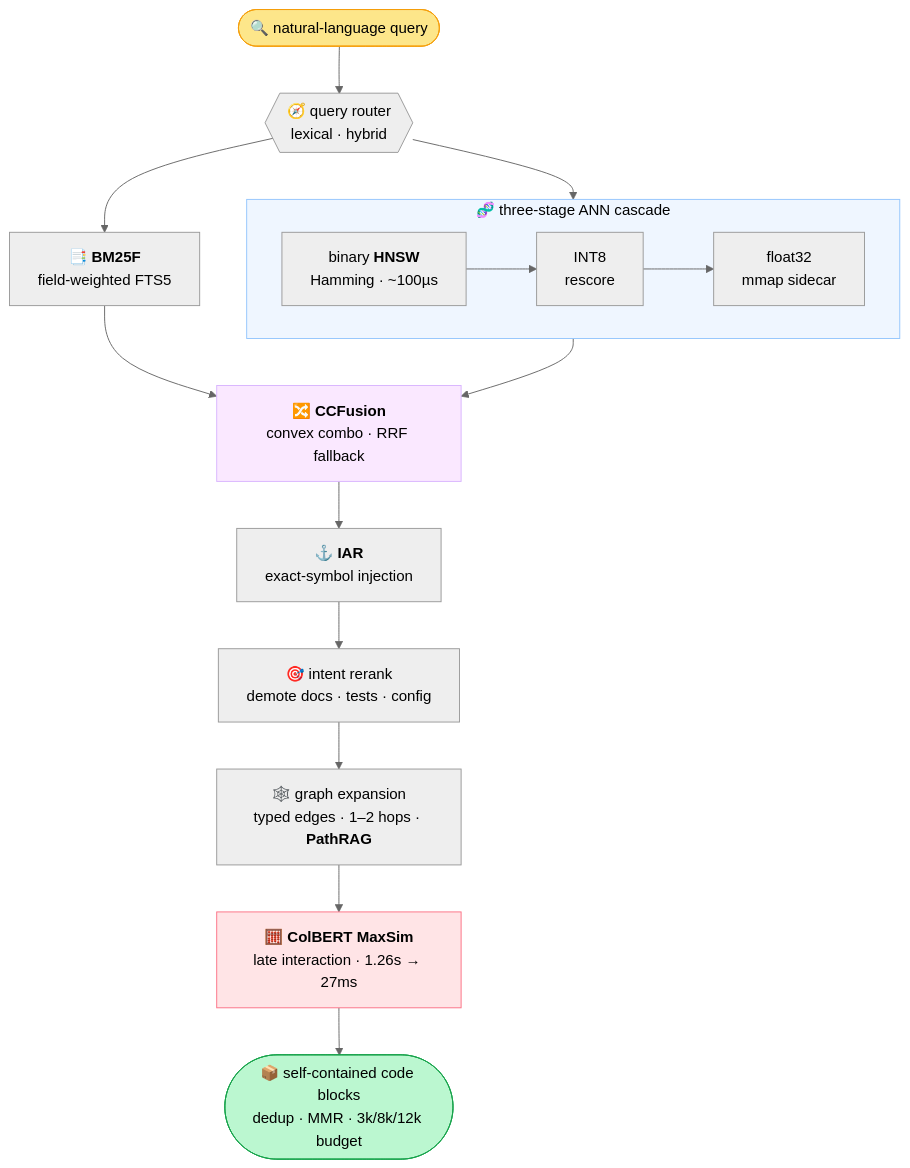
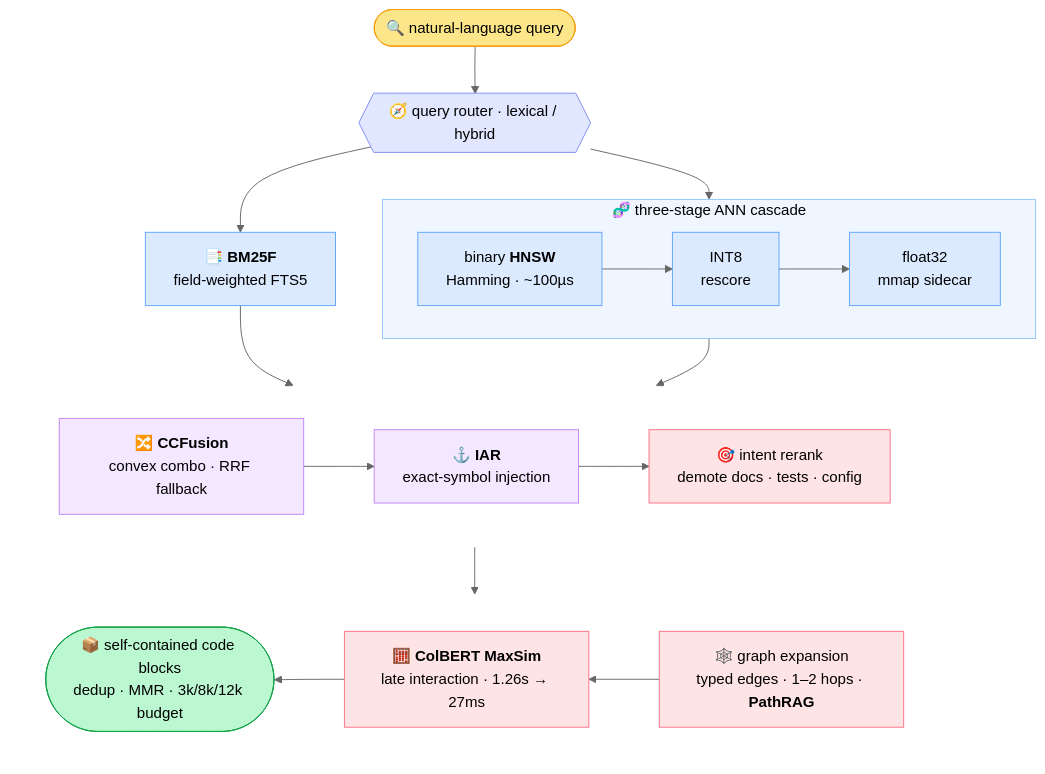
The diagram in README.md (mrsladoje/sweet-search), drawn with Mermaid (neutral theme) before and after one commit.

Commit message:
docs(readme): serpentine ss-search diagram, fully colored
Fold the tall vertical pipeline into a down-right-down-left snake (~5 bands
instead of 9) to cut vertical scroll while avoiding horizontal scroll: the
post-fusion tail runs left-to-right (FUSE→IAR→INTENT) then drops and runs
right-to-left (GRAPH→MAXSIM→OUT) via invisible LR/RL subgraphs. Color every
node via classDef into a phased palette (input→router→retrieval→fusion→
rerank→output) — no plain nodes left.

````diff
--- a/README.md
+++ b/README.md
@@ -217,26 +217,44 @@
 ```mermaid
 flowchart TD
-    Q(["🔍  natural-language query"]) --> ROUTE{{"🧭 query router<br/>lexical · hybrid"}}
+    Q(["🔍  natural-language query"]) --> ROUTE{{"🧭 query router · lexical / hybrid"}}
 
     ROUTE --> BM["📑 <b>BM25F</b><br/>field-weighted FTS5"]
-    ROUTE --> ANN
+    ROUTE --> BIN
 
     subgraph ANN ["🧬 three-stage ANN cascade"]
         direction LR
         BIN["binary <b>HNSW</b><br/>Hamming · ~100µs"] --> INT["INT8<br/>rescore"] --> FL["float32<br/>mmap sidecar"]
     end
 
-    BM --> FUSE["🔀 <b>CCFusion</b><br/>convex combo · RRF fallback"]
-    ANN --> FUSE
-    FUSE --> IAR["⚓ <b>IAR</b><br/>exact-symbol injection"]
-    IAR --> INTENT["🎯 intent rerank<br/>demote docs · tests · config"]
-    INTENT --> GRAPH["🕸️ graph expansion<br/>typed edges · 1–2 hops · <b>PathRAG</b>"]
-    GRAPH --> MAXSIM["🧮 <b>ColBERT MaxSim</b><br/>late interaction · 1.26s → 27ms"]
-    MAXSIM --> OUT(["📦 self-contained code blocks<br/>dedup · MMR · 3k/8k/12k budget"])
+    subgraph ROW1 [" "]
+        direction LR
+        FUSE["🔀 <b>CCFusion</b><br/>convex combo · RRF fallback"] --> IAR["⚓ <b>IAR</b><br/>exact-symbol injection"] --> INTENT["🎯 intent rerank<br/>demote docs · tests · config"]
+    end
 
-    style Q fill:#fde68a,stroke:#f59e0b,color:#000
-    style OUT fill:#bbf7d0,stroke:#16a34a,color:#000
-    style ANN fill:#eff6ff,stroke:#93c5fd,color:#000
-    style FUSE fill:#fae8ff,stroke:#d8b4fe,color:#000
-    style MAXSIM fill:#ffe4e6,stroke:#fb7185,color:#000
+    BM --> FUSE
+    FL --> FUSE
+    INTENT --> GRAPH
+
+    subgraph ROW2 [" "]
+        direction RL
+        GRAPH["🕸️ graph expansion<br/>typed edges · 1–2 hops · <b>PathRAG</b>"] --> MAXSIM["🧮 <b>ColBERT MaxSim</b><br/>late interaction · 1.26s → 27ms"] --> OUT(["📦 self-contained code blocks<br/>dedup · MMR · 3k/8k/12k budget"])
+    end
+
+    classDef io    fill:#fde68a,stroke:#f59e0b,color:#000;
+    classDef out   fill:#bbf7d0,stroke:#16a34a,color:#000;
+    classDef route fill:#e0e7ff,stroke:#818cf8,color:#000;
+    classDef lex   fill:#dbeafe,stroke:#60a5fa,color:#000;
+    classDef fuse  fill:#f3e8ff,stroke:#c084fc,color:#000;
+    classDef rank  fill:#ffe4e6,stroke:#fb7185,color:#000;
+
+    class Q io;
+    class OUT out;
+    class ROUTE route;
+    class BM,BIN,INT,FL lex;
+    class FUSE,IAR fuse;
+    class INTENT,GRAPH,MAXSIM rank;
+
+    style ANN  fill:#eff6ff,stroke:#93c5fd,color:#000;
+    style ROW1 fill:none,stroke:none;
+    style ROW2 fill:none,stroke:none;
 ```
````
